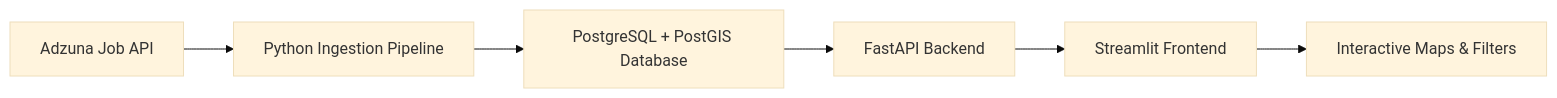
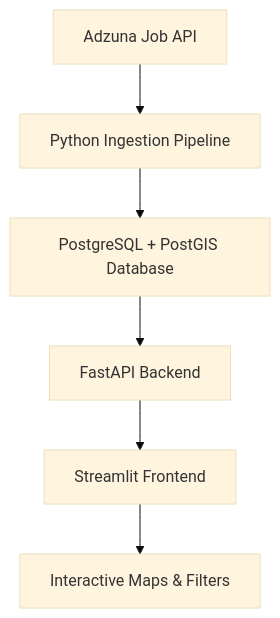
One commit to subham-sharma21/JobLens changed the diagram in README.md. Above: the diagram before and after it, drawn with Mermaid (base theme).

Commit message:
readme updated

````diff
--- a/README.md
+++ b/README.md
@@ -74,4 +74,8 @@
 ```mermaid
-graph LR
-    A[Adzuna Job API] --> B[Python Ingestion Pipeline] --> C[PostgreSQL + PostGIS Database] --> D[FastAPI Backend] --> E[Streamlit Frontend] --> F[Interactive Maps & Filters]
+graph TD
+    A[Adzuna Job API] --> B[Python Ingestion Pipeline]
+    B --> C[PostgreSQL + PostGIS Database]
+    C --> D[FastAPI Backend]
+    D --> E[Streamlit Frontend]
+    E --> F[Interactive Maps & Filters]
 ```
````
